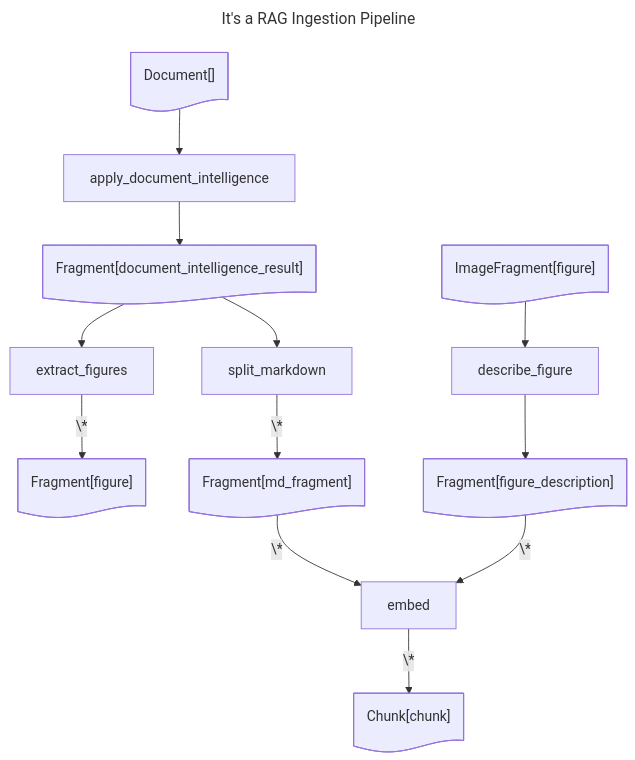
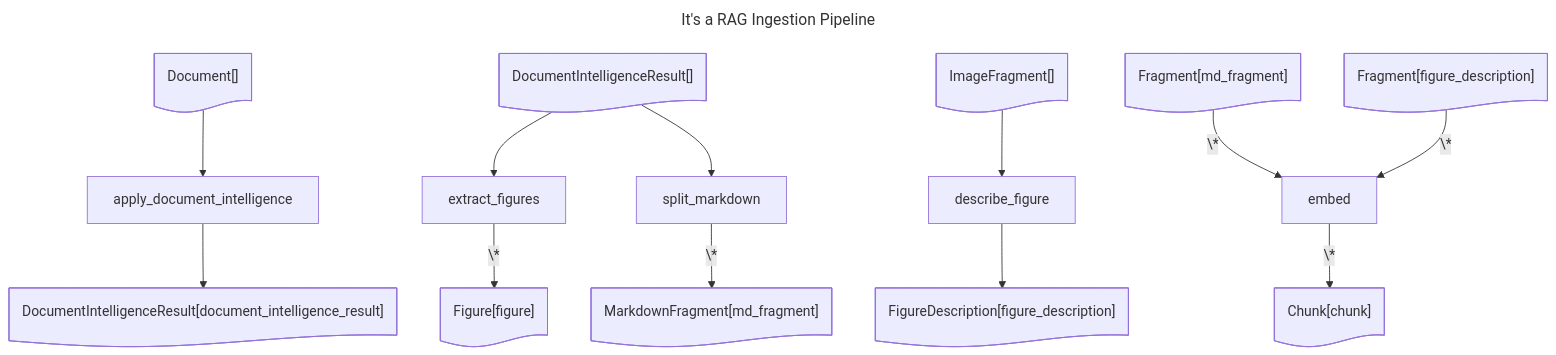
One commit to Azure-Samples/az-ai-catalyst changed the diagram in examples/itsarag.md. Above: the diagram before and after it, drawn with Mermaid. The commit also changed 6 other files, not shown here.

Commit message:
Experiment: use Fragment types rather than labels to discriminate, Introduce DocumentIntelligenceResult fragment

````diff
--- a/examples/itsarag.md
+++ b/examples/itsarag.md
@@ -1,29 +1,32 @@
 ```mermaid
 ---
 title: It's a RAG Ingestion Pipeline
 ---
 flowchart TD
     Document_@{ shape: doc, label: "Document[]" }
-    Fragment_document_intelligence_result@{ shape: doc, label: "Fragment[document_intelligence_result]" }
+    DocumentIntelligenceResult_document_intelligence_result@{ shape: doc, label: "DocumentIntelligenceResult[document_intelligence_result]" }
     apply_document_intelligence@{ shape: rect, label: "apply_document_intelligence" }
-    Fragment_figure@{ shape: doc, label: "Fragment[figure]" }
+    DocumentIntelligenceResult_@{ shape: doc, label: "DocumentIntelligenceResult[]" }
+    Figure_figure@{ shape: doc, label: "Figure[figure]" }
     extract_figures@{ shape: rect, label: "extract_figures" }
-    ImageFragment_figure@{ shape: doc, label: "ImageFragment[figure]" }
+    ImageFragment_@{ shape: doc, label: "ImageFragment[]" }
+    FigureDescription_figure_description@{ shape: doc, label: "FigureDescription[figure_description]" }
+    describe_figure@{ shape: rect, label: "describe_figure" }
+    MarkdownFragment_md_fragment@{ shape: doc, label: "MarkdownFragment[md_fragment]" }
+    split_markdown@{ shape: rect, label: "split_markdown" }
+    Fragment_md_fragment@{ shape: doc, label: "Fragment[md_fragment]" }
     Fragment_figure_description@{ shape: doc, label: "Fragment[figure_description]" }
-    describe_figure@{ shape: rect, label: "describe_figure" }
-    Fragment_md_fragment@{ shape: doc, label: "Fragment[md_fragment]" }
-    split_markdown@{ shape: rect, label: "split_markdown" }
     Chunk_chunk@{ shape: doc, label: "Chunk[chunk]" }
     embed@{ shape: rect, label: "embed" }
     Document_ --> apply_document_intelligence
-    apply_document_intelligence --> Fragment_document_intelligence_result
-    Fragment_document_intelligence_result --> extract_figures
-    extract_figures -- \* --> Fragment_figure
-    ImageFragment_figure --> describe_figure
-    describe_figure --> Fragment_figure_description
-    Fragment_document_intelligence_result --> split_markdown
-    split_markdown -- \* --> Fragment_md_fragment
+    apply_document_intelligence --> DocumentIntelligenceResult_document_intelligence_result
+    DocumentIntelligenceResult_ --> extract_figures
+    extract_figures -- \* --> Figure_figure
+    ImageFragment_ --> describe_figure
+    describe_figure --> FigureDescription_figure_description
+    DocumentIntelligenceResult_ --> split_markdown
+    split_markdown -- \* --> MarkdownFragment_md_fragment
     Fragment_md_fragment -- \* --> embed
     Fragment_figure_description -- \* --> embed
     embed -- \* --> Chunk_chunk
 ```
````
